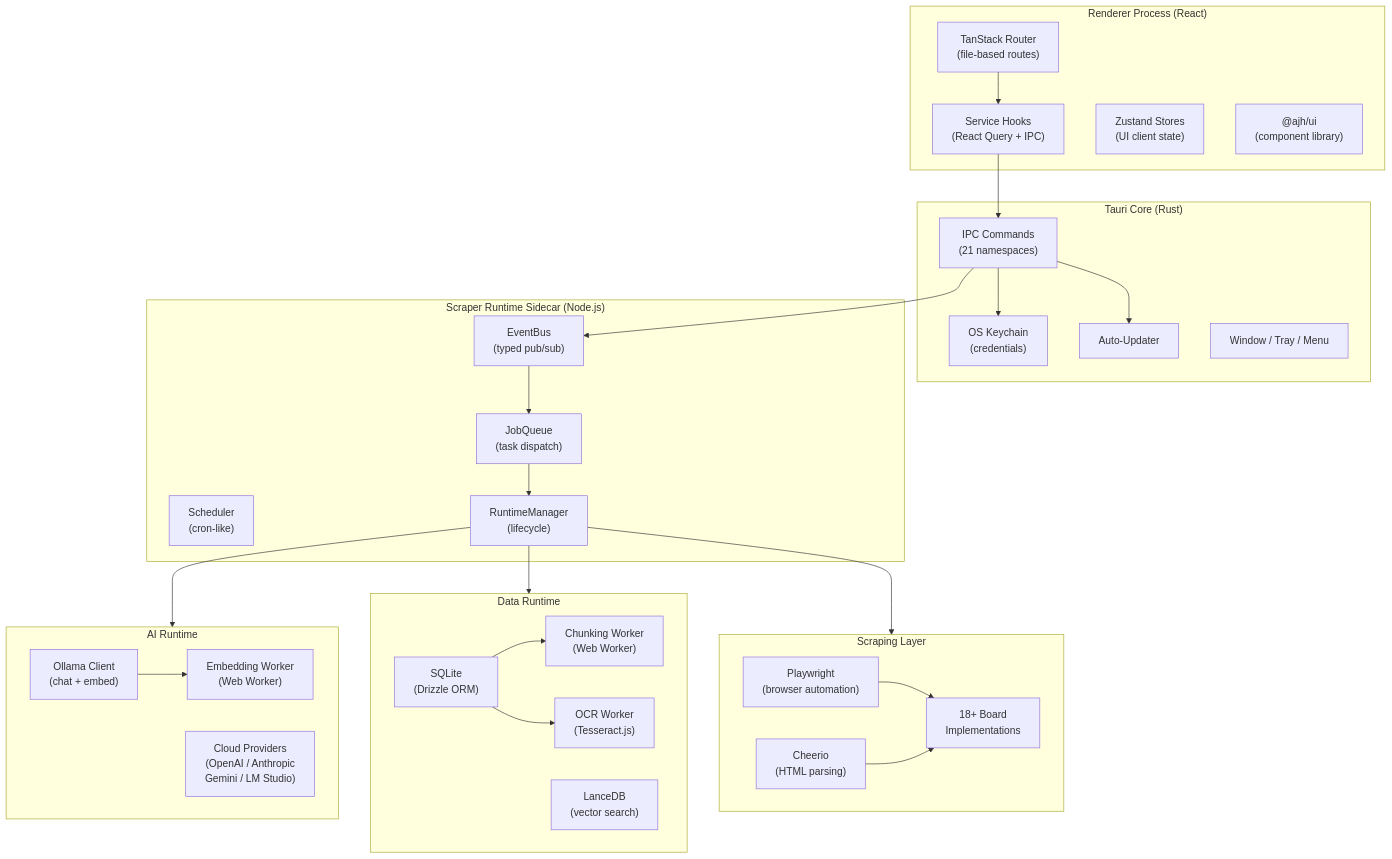
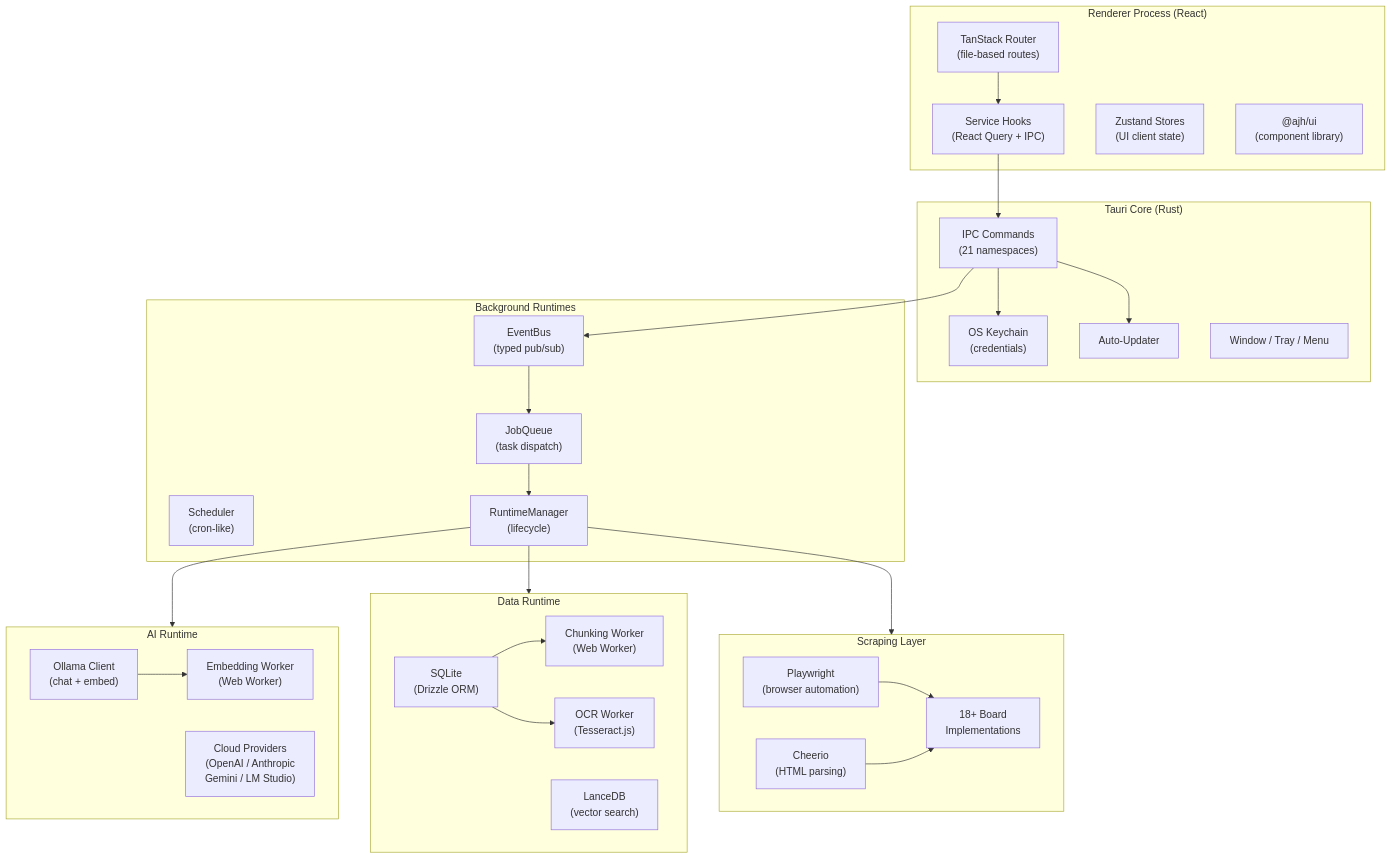
One commit to saeedkolivand/ai-job-hunter-app changed the first of 10 diagrams in docs/ARCHITECTURE.md. Above: the diagram before and after it, drawn with Mermaid. The commit also changed other lines of this file and 30 other files, not shown here.

````diff
--- a/docs/ARCHITECTURE.md
+++ b/docs/ARCHITECTURE.md
@@ -13,58 +13,58 @@
 ```mermaid
 graph TB
     subgraph Renderer["Renderer Process (React)"]
         Router["TanStack Router\n(file-based routes)"]
         Services["Service Hooks\n(React Query + IPC)"]
         Stores["Zustand Stores\n(UI client state)"]
         UILib["@ajh/ui\n(component library)"]
     end
 
     subgraph Tauri["Tauri Core (Rust)"]
         Commands["IPC Commands\n(21 namespaces)"]
         Keychain["OS Keychain\n(credentials)"]
         Updater["Auto-Updater"]
         Window["Window / Tray / Menu"]
     end
 
-    subgraph Sidecar["Scraper Runtime Sidecar (Node.js)"]
+    subgraph Background["Background Runtimes"]
         EventBus["EventBus\n(typed pub/sub)"]
         JobQueue["JobQueue\n(task dispatch)"]
         Scheduler["Scheduler\n(cron-like)"]
         RuntimeManager["RuntimeManager\n(lifecycle)"]
     end
 
     subgraph AIRuntime["AI Runtime"]
         OllamaClient["Ollama Client\n(chat + embed)"]
         CloudProviders["Cloud Providers\n(OpenAI / Anthropic\nGemini / LM Studio)"]
         EmbedWorker["Embedding Worker\n(Web Worker)"]
     end
 
     subgraph DataRuntime["Data Runtime"]
         SQLite["SQLite\n(Drizzle ORM)"]
         LanceDB["LanceDB\n(vector search)"]
         ChunkWorker["Chunking Worker\n(Web Worker)"]
         OCRWorker["OCR Worker\n(Tesseract.js)"]
     end
 
     subgraph Scrapers["Scraping Layer"]
         Playwright["Playwright\n(browser automation)"]
         Cheerio["Cheerio\n(HTML parsing)"]
         Boards["18+ Board\nImplementations"]
     end
 
     Router --> Services
     Services --> Commands
     Commands --> EventBus
     EventBus --> JobQueue
     JobQueue --> RuntimeManager
     RuntimeManager --> AIRuntime
     RuntimeManager --> DataRuntime
     RuntimeManager --> Scrapers
     Playwright --> Boards
     Cheerio --> Boards
     OllamaClient --> EmbedWorker
     SQLite --> ChunkWorker
     SQLite --> OCRWorker
     Commands --> Keychain
     Commands --> Updater
 ```
````
